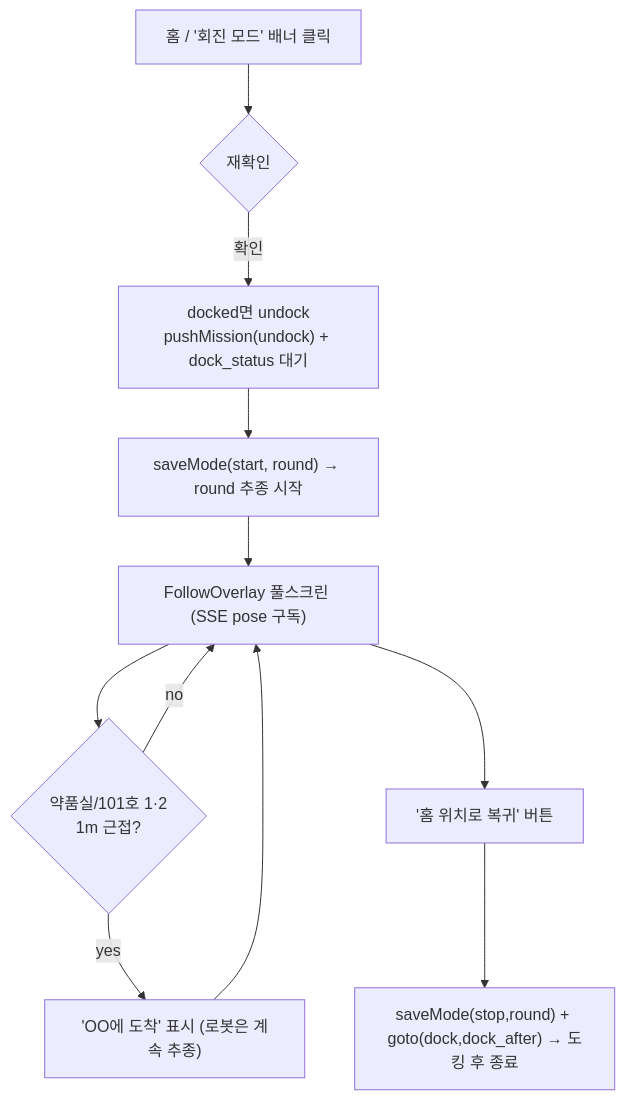
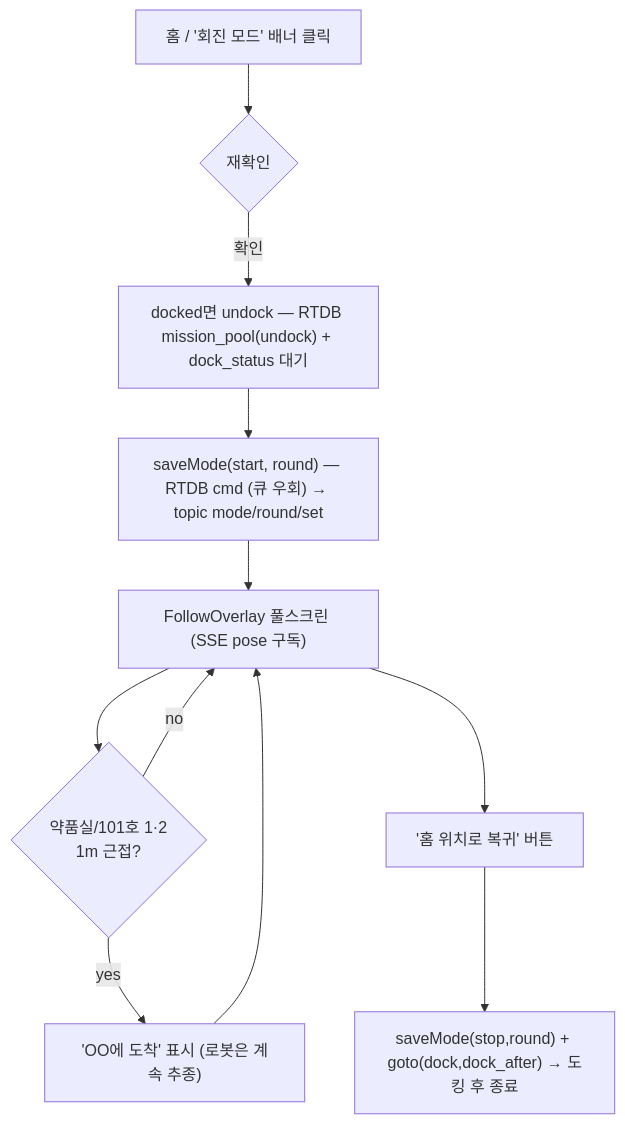
Before and after one commit to yevettee/MediCart: diagram 15 of 15 in docs/architecture/05_mermaid_architecture.md, drawn with Mermaid. The commit also changed other lines of this file, not shown here.

Commit message:
docs(arch): 노드 역할(발행/구독/서비스/액션) + 통신 종류(topic/srv/action) 주석 + 범례·시퀀스·노드역할표 + cmd 큐우회 경로

````diff
--- a/docs/architecture/05_mermaid_architecture.md
+++ b/docs/architecture/05_mermaid_architecture.md
@@ -256,13 +381,13 @@
 ```mermaid
 flowchart TD
   H0["홈 / '회진 모드' 배너 클릭"] --> CF{"재확인"}
-  CF -- 확인 --> UD["docked면 undock<br/>pushMission(undock) + dock_status 대기"]
-  UD --> RD["saveMode(start, round) → round 추종 시작"]
+  CF -- 확인 --> UD["docked면 undock — RTDB mission_pool(undock) + dock_status 대기"]
+  UD --> RD["saveMode(start, round) — RTDB cmd (큐 우회) → topic mode/round/set"]
   RD --> OV["FollowOverlay 풀스크린 (SSE pose 구독)"]
   OV --> NP{"약품실/101호 1·2<br/>1m 근접?"}
   NP -- yes --> TXT["'OO에 도착' 표시 (로봇은 계속 추종)"]
   TXT --> OV
   NP -- no --> OV
   OV --> RB["'홈 위치로 복귀' 버튼"]
   RB --> RH["saveMode(stop,round) + goto(dock,dock_after) → 도킹 후 종료"]
 ```
````
